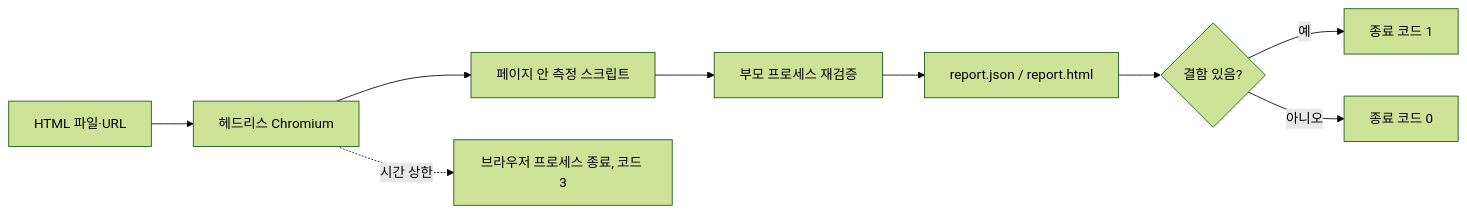
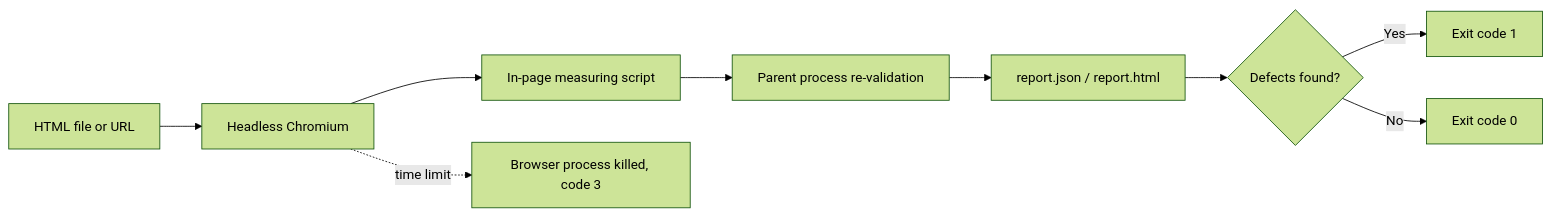
The diagram in README.md (LeeGyeongPil/llm-page-lint), drawn with Mermaid (forest theme) before and after one commit. The commit also changed other lines of this file and 2 other files, not shown here.

````diff
--- a/README.md
+++ b/README.md
@@ -199,11 +197,11 @@
 ```mermaid
 flowchart LR
-  A[HTML 파일·URL] --> B[헤드리스 Chromium]
-  B --> C[페이지 안 측정 스크립트]
-  C --> D[부모 프로세스 재검증]
+  A["HTML file or URL"] --> B["Headless Chromium"]
+  B --> C["In-page measuring script"]
+  C --> D["Parent process re-validation"]
   D --> E[report.json / report.html]
-  E --> F{결함 있음?}
-  F -- 예 --> G[종료 코드 1]
-  F -- 아니오 --> H[종료 코드 0]
-  B -. 시간 상한 .-> I[브라우저 프로세스 종료, 코드 3]
+  E --> F{"Defects found?"}
+  F -- Yes --> G["Exit code 1"]
+  F -- No --> H["Exit code 0"]
+  B -. time limit .-> I["Browser process killed, code 3"]
 ```
````
